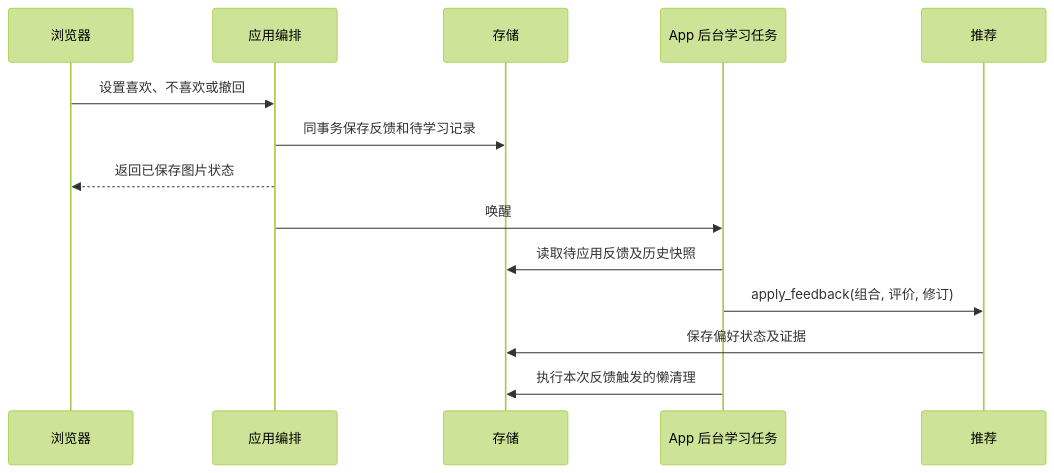
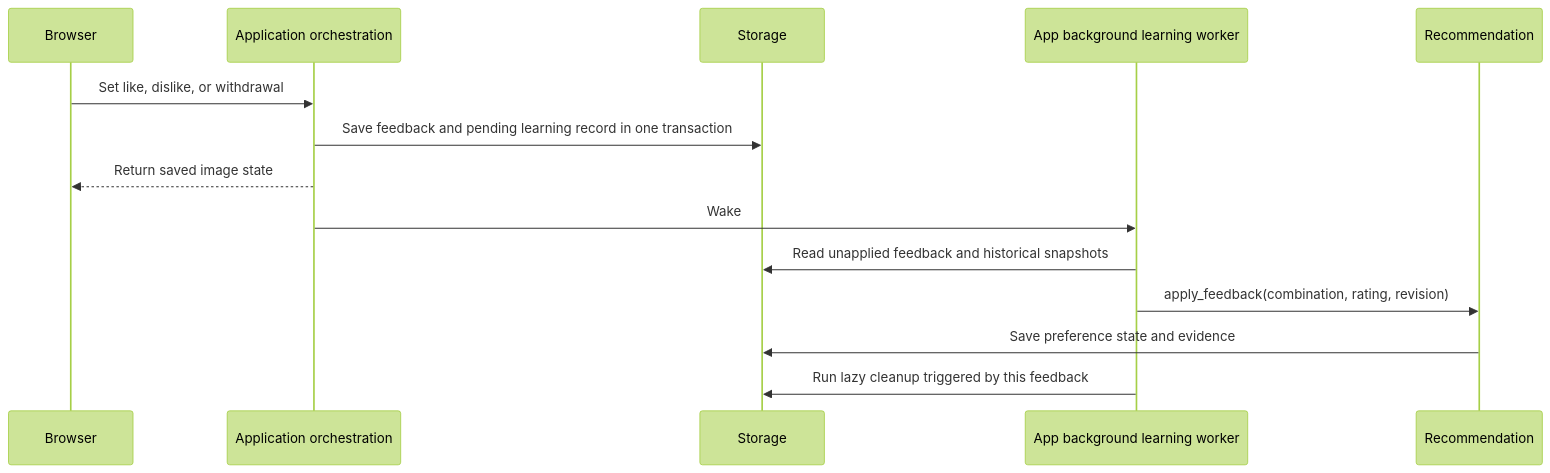
Before and after one commit to Lykr/pictide: the third of 3 diagrams in docs/dev/architecture/flows.md, drawn with Mermaid (forest theme). The commit also changed other lines of this file and 13 other files, not shown here.

Commit message:
docs: translate current architecture documentation into English

````diff
--- a/docs/dev/architecture/flows.md
+++ b/docs/dev/architecture/flows.md
@@ -74,16 +76,16 @@
 ```mermaid
 sequenceDiagram
-    participant UI as 浏览器
-    participant App as 应用编排
-    participant Store as 存储
-    participant Worker as App 后台学习任务
-    participant Rec as 推荐
-    UI->>App: 设置喜欢、不喜欢或撤回
-    App->>Store: 同事务保存反馈和待学习记录
-    App-->>UI: 返回已保存图片状态
-    App->>Worker: 唤醒
-    Worker->>Store: 读取待应用反馈及历史快照
-    Worker->>Rec: apply_feedback(组合, 评价, 修订)
-    Rec->>Store: 保存偏好状态及证据
-    Worker->>Store: 执行本次反馈触发的懒清理
+    participant UI as Browser
+    participant App as Application orchestration
+    participant Store as Storage
+    participant Worker as App background learning worker
+    participant Rec as Recommendation
+    UI->>App: Set like, dislike, or withdrawal
+    App->>Store: Save feedback and pending learning record in one transaction
+    App-->>UI: Return saved image state
+    App->>Worker: Wake
+    Worker->>Store: Read unapplied feedback and historical snapshots
+    Worker->>Rec: apply_feedback(combination, rating, revision)
+    Rec->>Store: Save preference state and evidence
+    Worker->>Store: Run lazy cleanup triggered by this feedback
 ```
````
